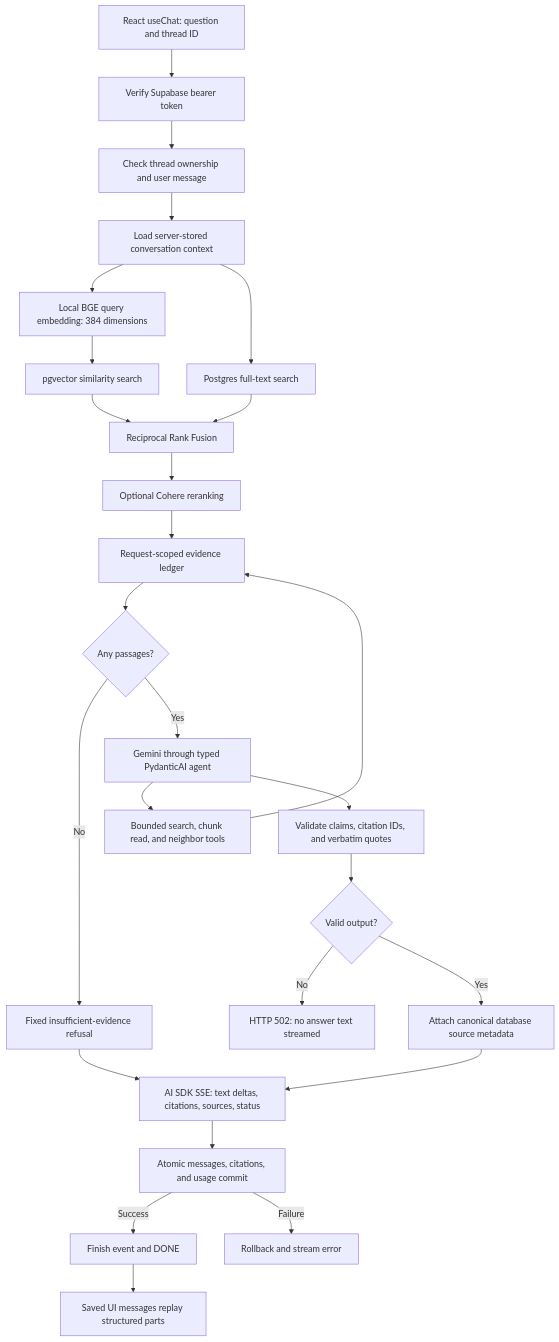
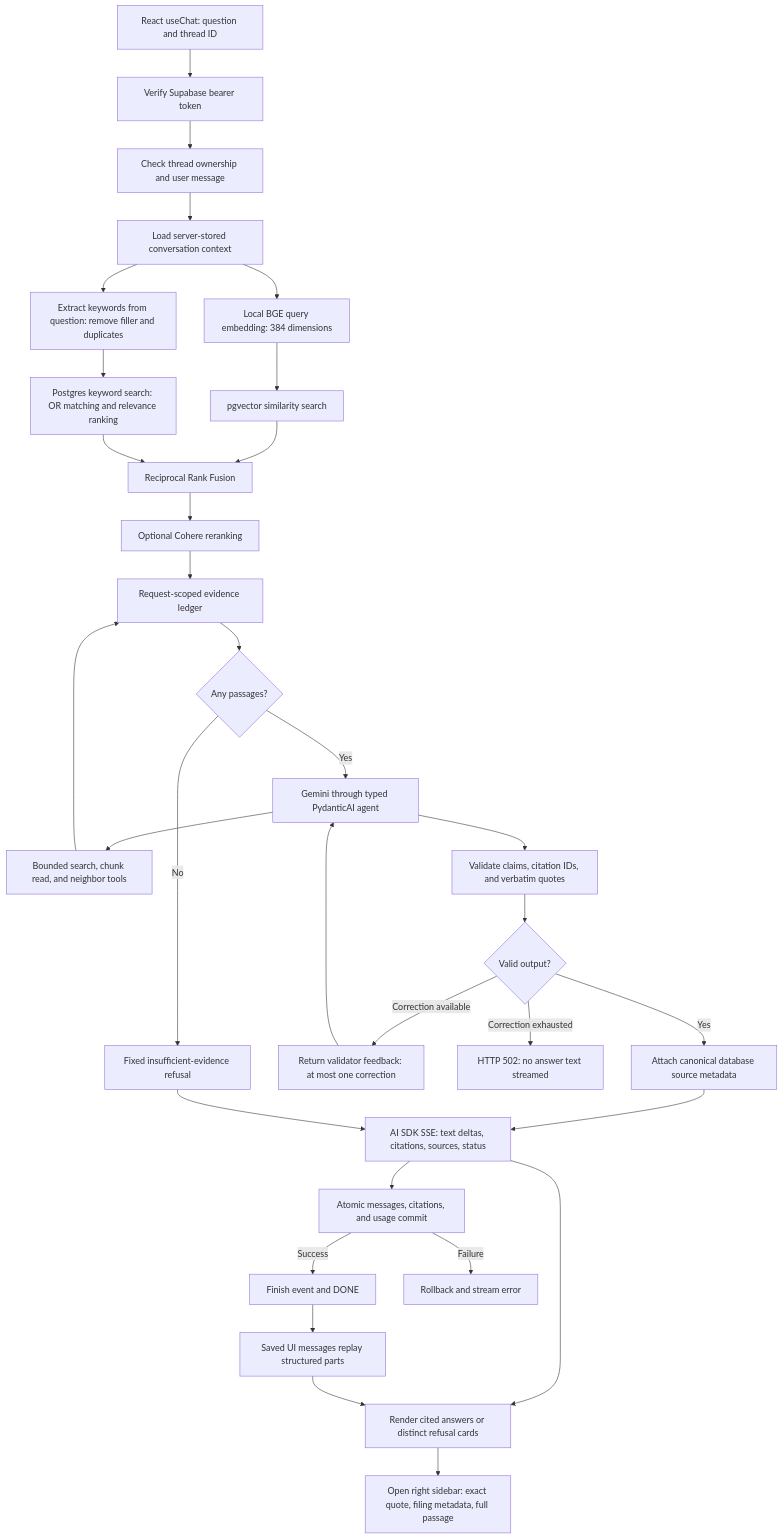
The diagram in docs/retrieval-and-grounding.md (tanu15-png/Driftwood-AI), drawn with Mermaid before and after one commit. The commit also changed other lines of this file and 36 other files, not shown here.

````diff
--- a/docs/retrieval-and-grounding.md
+++ b/docs/retrieval-and-grounding.md
@@ -7,28 +7,34 @@
 ```mermaid
 flowchart TD
     UI[React useChat: question and thread ID] --> Auth[Verify Supabase bearer token]
     Auth --> Owner[Check thread ownership and user message]
     Owner --> Context[Load server-stored conversation context]
     Context --> Embed[Local BGE query embedding: 384 dimensions]
     Embed --> Vector[pgvector similarity search]
-    Context --> Keywords[Postgres full-text search]
+    Context --> Extract[Extract keywords from question: remove filler and duplicates]
+    Extract --> Keywords[Postgres keyword search: OR matching and relevance ranking]
     Vector --> RRF[Reciprocal Rank Fusion]
     Keywords --> RRF
     RRF --> Rerank[Optional Cohere reranking]
     Rerank --> Ledger[Request-scoped evidence ledger]
     Ledger --> Evidence{Any passages?}
     Evidence -- No --> Refusal[Fixed insufficient-evidence refusal]
     Evidence -- Yes --> Agent[Gemini through typed PydanticAI agent]
     Agent --> Tools[Bounded search, chunk read, and neighbor tools]
     Tools --> Ledger
     Agent --> Validate[Validate claims, citation IDs, and verbatim quotes]
     Validate --> Valid{Valid output?}
-    Valid -- No --> Error[HTTP 502: no answer text streamed]
+    Valid -- Correction available --> Correction[Return validator feedback: at most one correction]
+    Correction --> Agent
+    Valid -- Correction exhausted --> Error[HTTP 502: no answer text streamed]
     Valid -- Yes --> Sources[Attach canonical database source metadata]
     Sources --> Stream[AI SDK SSE: text deltas, citations, sources, status]
     Refusal --> Stream
     Stream --> Commit[Atomic messages, citations, and usage commit]
     Commit -- Success --> Finish[Finish event and DONE]
     Commit -- Failure --> SaveError[Rollback and stream error]
     Finish --> Replay[Saved UI messages replay structured parts]
+    Stream --> Trust[Render cited answers or distinct refusal cards]
+    Replay --> Trust
+    Trust --> Inspect[Open right sidebar: exact quote, filing metadata, full passage]
 ```
````
